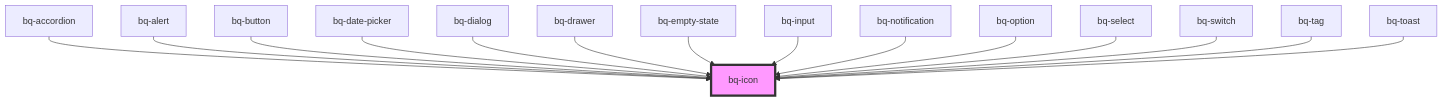
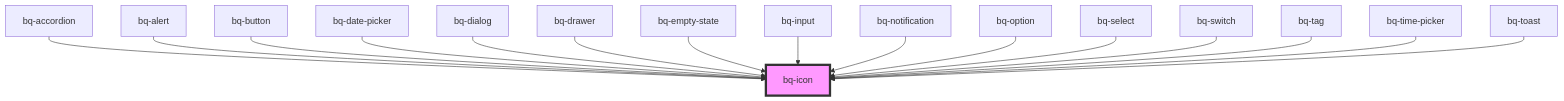
Before and after one commit to Endava/BEEQ: the diagram in packages/beeq/src/components/icon/readme.md, drawn with Mermaid. The commit also changed other lines of this file and 52 other files, not shown here.

Commit message:
feat(TimePicker): add `bq-time-picker` component (#1847)

````diff
--- a/packages/beeq/src/components/icon/readme.md
+++ b/packages/beeq/src/components/icon/readme.md
@@ -58,18 +59,19 @@
 ```mermaid
 graph TD;
   bq-accordion --> bq-icon
   bq-alert --> bq-icon
   bq-button --> bq-icon
   bq-date-picker --> bq-icon
   bq-dialog --> bq-icon
   bq-drawer --> bq-icon
   bq-empty-state --> bq-icon
   bq-input --> bq-icon
   bq-notification --> bq-icon
   bq-option --> bq-icon
   bq-select --> bq-icon
   bq-switch --> bq-icon
   bq-tag --> bq-icon
+  bq-time-picker --> bq-icon
   bq-toast --> bq-icon
   style bq-icon fill:#f9f,stroke:#333,stroke-width:4px
 ```
````
